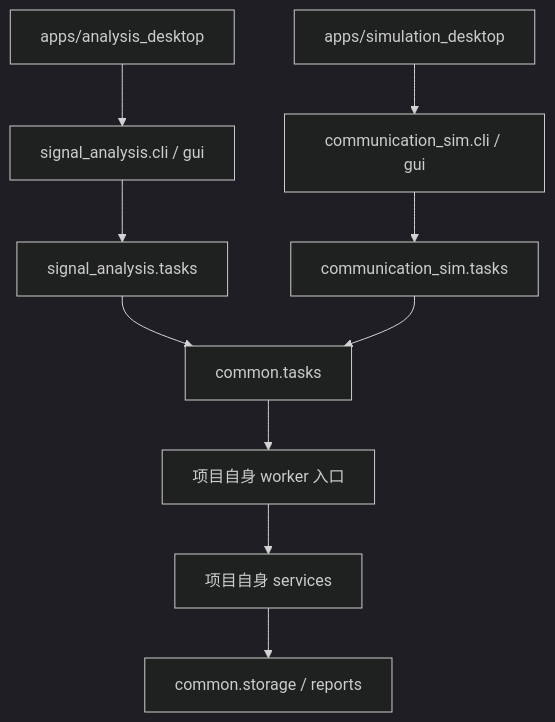
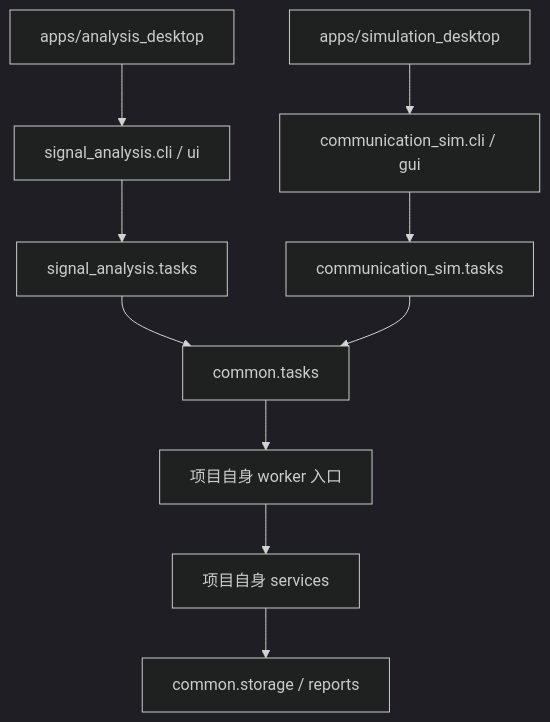
One commit to darkking1112/SimuSingal changed the diagram in docs/电磁信号分析和识别/基础工程实现与文件说明.md. Above: the diagram before and after it, drawn with Mermaid (dark theme). The commit also changed other lines of this file and 196 other files, not shown here.

````diff
--- a/docs/电磁信号分析和识别/基础工程实现与文件说明.md
+++ b/docs/电磁信号分析和识别/基础工程实现与文件说明.md
@@ -54,12 +62,12 @@
 ```mermaid
 flowchart TB
-    A[apps/analysis_desktop] --> ACLI[signal_analysis.cli / gui]
+    A[apps/analysis_desktop] --> ACLI[signal_analysis.cli / ui]
     S[apps/simulation_desktop] --> SCLI[communication_sim.cli / gui]
     ACLI --> AT[signal_analysis.tasks]
     SCLI --> ST[communication_sim.tasks]
     AT --> CT[common.tasks]
     ST --> CT
     CT --> AP[项目自身 worker 入口]
     AP --> B[项目自身 services]
     B --> C[common.storage / reports]
 ```
````
